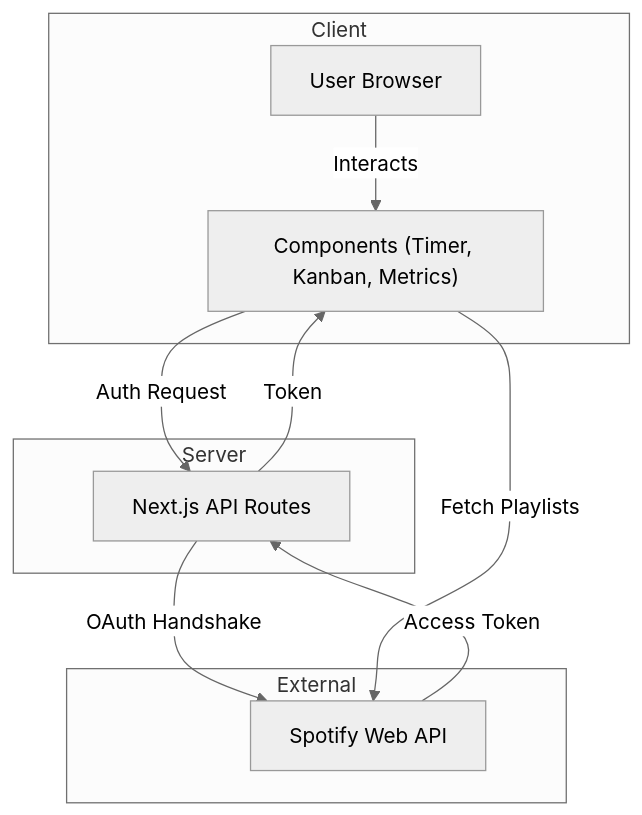
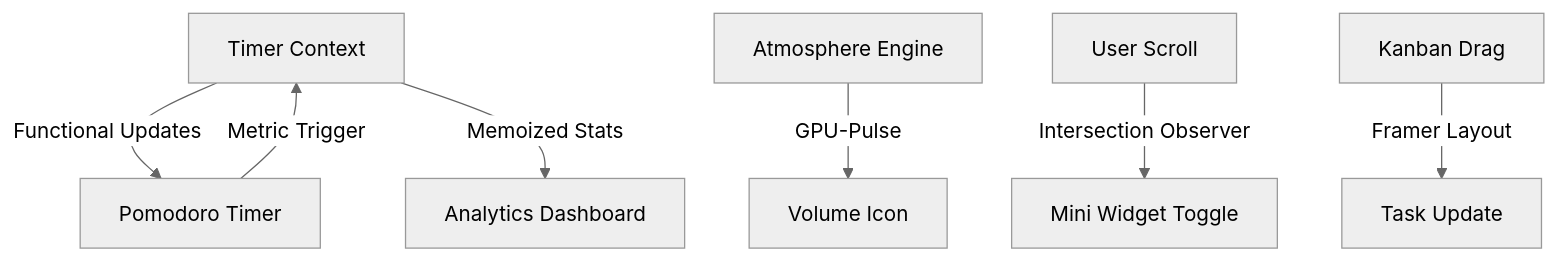
The diagram in README.md (PriyanshuBh/focusflow), drawn with Mermaid (neutral theme) before and after one commit. The commit also changed other lines of this file, not shown here.

````diff
--- a/README.md
+++ b/README.md
@@ -95,22 +94,10 @@
 ```mermaid
 graph TD
-    subgraph Client
-        Browser[User Browser]
-        UI["Components (Timer, Kanban, Metrics)"]
-    end
+    A[Timer Context] -->|Functional Updates| B[Pomodoro Timer]
+    A -->|Memoized Stats| C[Analytics Dashboard]
+    D[Atmosphere Engine] -->|GPU-Pulse| E[Volume Icon]
+    F[User Scroll] -->|Intersection Observer| G[Mini Widget Toggle]
+    B -->|Metric Trigger| A
+    H[Kanban Drag] -->|Framer Layout| I[Task Update]
 
-    subgraph Server
-        NextAPI[Next.js API Routes]
-    end
-
-    subgraph External
-        Spotify[Spotify Web API]
-    end
-
-    Browser -->|Interacts| UI
-    UI -->|Auth Request| NextAPI
-    NextAPI -->|OAuth Handshake| Spotify
-    Spotify -->|Access Token| NextAPI
-    NextAPI -->|Token| UI
-    UI -->|Fetch Playlists| Spotify
 ```
````
